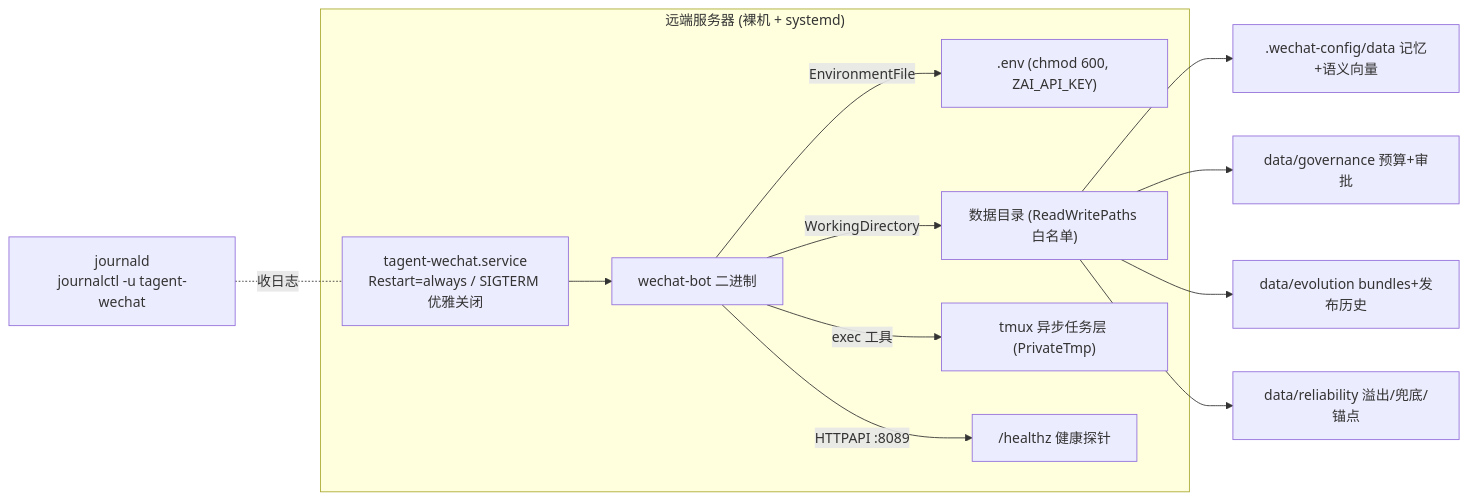
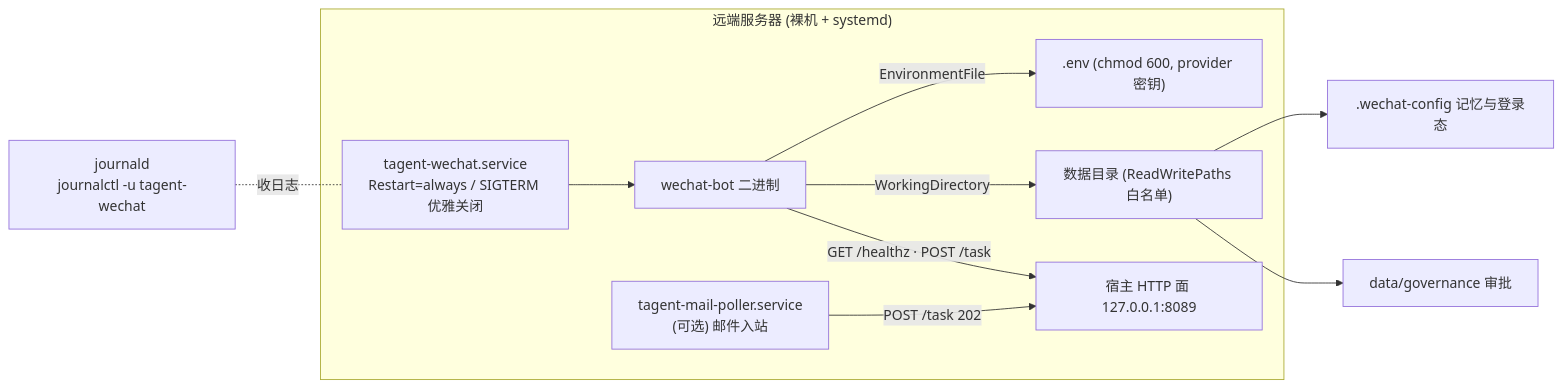
One commit to SpellingDragon/tagent changed the diagram in examples/wechat-bot/deploy/README.md. Above: the diagram before and after it, drawn with Mermaid. The commit also changed other lines of this file and 1598 other files, not shown here.

````diff
--- a/examples/wechat-bot/deploy/README.md
+++ b/examples/wechat-bot/deploy/README.md
@@ -13,15 +14,13 @@
 ```mermaid
 graph LR
     subgraph Server["远端服务器 (裸机 + systemd)"]
         UNIT["tagent-wechat.service<br/>Restart=always / SIGTERM 优雅关闭"] --> BIN["wechat-bot 二进制"]
-        BIN -->|EnvironmentFile| ENV[".env (chmod 600, ZAI_API_KEY)"]
+        BIN -->|EnvironmentFile| ENV[".env (chmod 600, provider 密钥)"]
         BIN -->|WorkingDirectory| DATA["数据目录 (ReadWritePaths 白名单)"]
-        BIN -->|exec 工具| TMUX["tmux 异步任务层 (PrivateTmp)"]
-        BIN -->|HTTPAPI :8089| HC["/healthz 健康探针"]
+        BIN -->|GET /healthz · POST /task| FACE["宿主 HTTP 面 127.0.0.1:8089"]
+        PL["tagent-mail-poller.service<br/>(可选) 邮件入站"] -->|POST /task 202| FACE
     end
     JOURNAL["journald<br/>journalctl -u tagent-wechat"] -.收日志.- UNIT
-    DATA --> MEM[".wechat-config/data 记忆+语义向量"]
-    DATA --> GOV["data/governance 预算+审批"]
-    DATA --> EVO["data/evolution bundles+发布历史"]
-    DATA --> REL["data/reliability 溢出/兜底/锚点"]
+    DATA --> MEM[".wechat-config 记忆与登录态"]
+    DATA --> GOV["data/governance 审批"]
 ```
````
